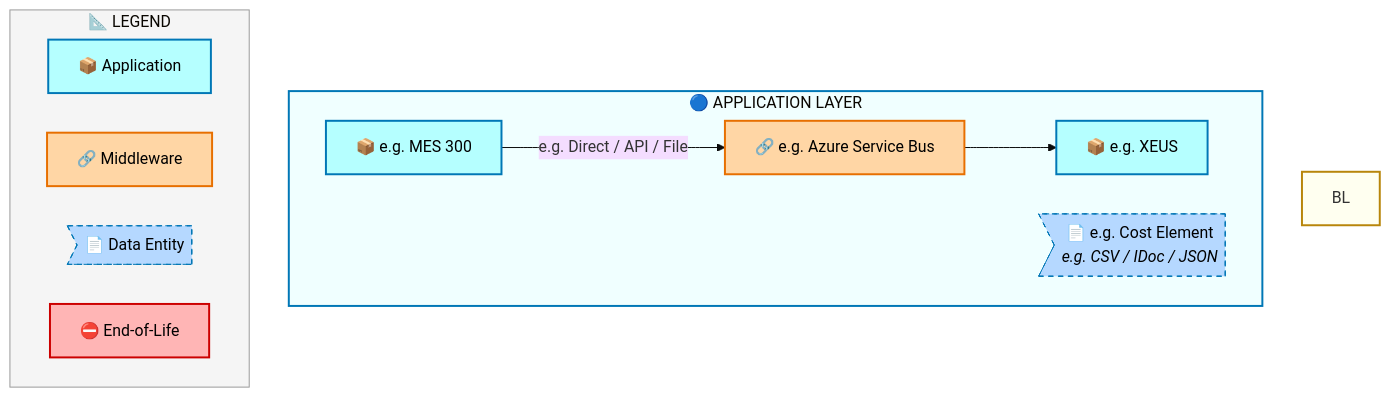
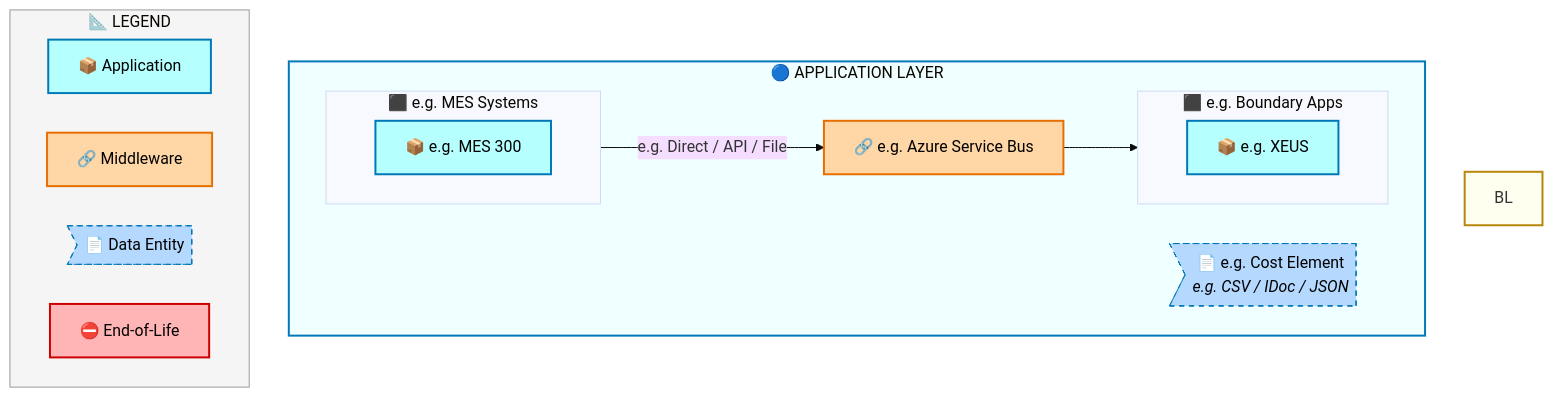
The fifth of 8 diagrams in towers/E2E/Order to Cash/Order_to_Cash_IP/output/docs/systems-architecture/Order_to_Cash_IP-Architecture.md (sajivfrancis777/IAO-Architecture), drawn with Mermaid before and after one commit. The commit also changed other lines of this file and 375 other files, not shown here.

First line of the commit message:
fix: Mermaid subgraph syntax for lane names with parens + PDF print footer on every page

````diff
--- a/towers/E2E/Order to Cash/Order_to_Cash_IP/output/docs/systems-architecture/Order_to_Cash_IP-Architecture.md
+++ b/towers/E2E/Order to Cash/Order_to_Cash_IP/output/docs/systems-architecture/Order_to_Cash_IP-Architecture.md
@@ -617,34 +617,40 @@
 ```mermaid
 %%{init: {"theme": "base", "securityLevel": "loose", "themeVariables": {"fontSize": "16px", "fontFamily": "Segoe UI, Arial, sans-serif"}, "flowchart": {"useMaxWidth": false, "htmlLabels": true, "nodeSpacing": 40, "rankSpacing": 50}} }%%
 flowchart TB
     %% -- ArchiMate-inspired style classes --
     classDef business      fill:#FFFFB5,stroke:#B8860B,stroke-width:2px,color:#000
     classDef app           fill:#B5FFFF,stroke:#0077B6,stroke-width:2px,color:#000
     classDef data          fill:#B5D8FF,stroke:#0077B6,stroke-width:1px,color:#000,stroke-dasharray: 5 5
     classDef middleware    fill:#FFD6A5,stroke:#E76F00,stroke-width:2px,color:#000
     classDef eol           fill:#FFB5B5,stroke:#CC0000,stroke-width:2px,color:#000
 
     subgraph AL["🔵 APPLICATION LAYER"]
         direction LR
-        Order_to_Cash_IPC_e_g_MES_300["📦 e.g. MES 300"]:::app
-        Order_to_Cash_IPC_e_g_XEUS["📦 e.g. XEUS"]:::app
+        subgraph Order_to_Cash_IPCLN_e_g_Boundary_Apps[" ⬛ e.g. Boundary Apps"]
+            direction LR
+            Order_to_Cash_IPC_e_g_XEUS["📦 e.g. XEUS"]:::app
+        end
+        subgraph Order_to_Cash_IPCLN_e_g_MES_Systems[" ⬛ e.g. MES Systems"]
+            direction LR
+            Order_to_Cash_IPC_e_g_MES_300["📦 e.g. MES 300"]:::app
+        end
         Order_to_Cash_IPCMW_e_g_Azure_Service_Bus["🔗 e.g. Azure Service Bus"]:::middleware
         Order_to_Cash_IPCDE_e_g_Cost_Element>"📄 e.g. Cost Element<br/><i>e.g. CSV / IDoc / JSON</i>"]:::data
     end
 
     Order_to_Cash_IPC_e_g_MES_300 -->|"e.g. Direct / API / File"| Order_to_Cash_IPCMW_e_g_Azure_Service_Bus
     Order_to_Cash_IPCMW_e_g_Azure_Service_Bus --> Order_to_Cash_IPC_e_g_XEUS
 
 
     style BL fill:#FFFFF0,stroke:#B8860B,stroke-width:2px
     style AL fill:#F0FFFF,stroke:#0077B6,stroke-width:2px
 
     subgraph Legend["📐 LEGEND"]
         direction LR
         L_APP["📦 Application"]:::app
         L_MW["🔗 Middleware"]:::middleware
         L_DE>"📄 Data Entity"]:::data
         L_EOL["⛔ End-of-Life"]:::eol
     end
     style Legend fill:#F5F5F5,stroke:#999,stroke-width:1px
 ```
````
